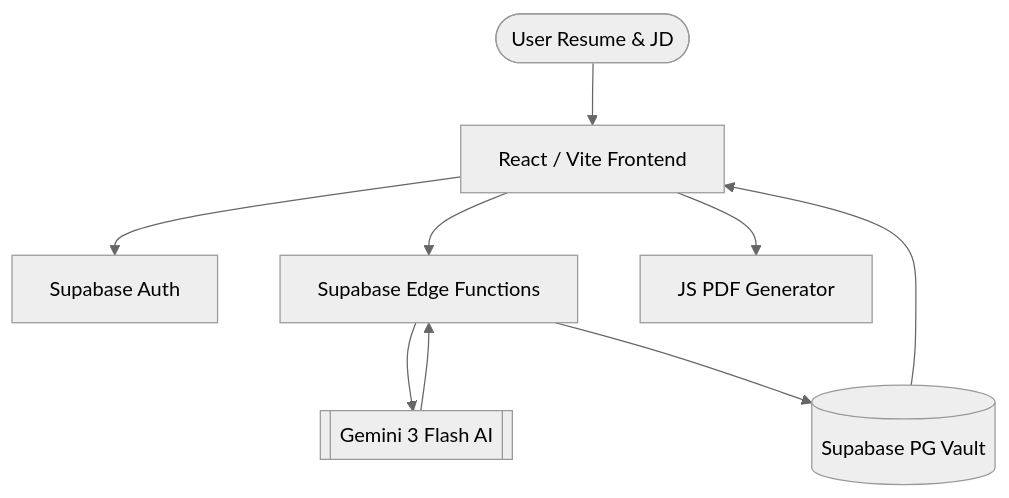
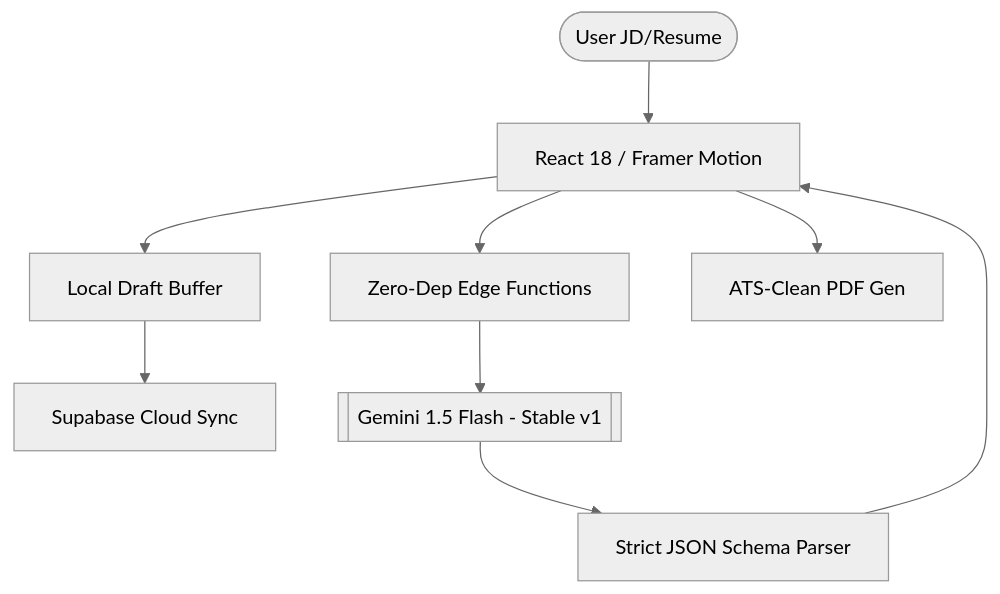
The diagram in README.md (Amruth011/lumina-project-220), drawn with Mermaid (neutral theme) before and after one commit. The commit also changed other lines of this file and 6 other files, not shown here.

````diff
--- a/README.md
+++ b/README.md
@@ -73,11 +50,11 @@
 ```mermaid
 graph TD
-    User([User Resume & JD]) --> React[React / Vite Frontend]
-    React --> Auth[Supabase Auth]
-    React --> Functions[Supabase Edge Functions]
-    Functions --> Gemini[[Gemini 3 Flash AI]]
-    Gemini --> Functions
-    Functions --> DB[(Supabase PG Vault)]
-    DB --> React
-    React --> PDF[JS PDF Generator]
+    User([User JD/Resume]) --> UI[React 18 / Framer Motion]
+    UI --> Vault[Local Draft Buffer]
+    Vault --> Sync[Supabase Cloud Sync]
+    UI --> API[Zero-Dep Edge Functions]
+    API --> Gemini[[Gemini 1.5 Flash - Stable v1]]
+    Gemini --> Parsing[Strict JSON Schema Parser]
+    Parsing --> UI
+    UI --> PDF[ATS-Clean PDF Gen]
 ```
````
